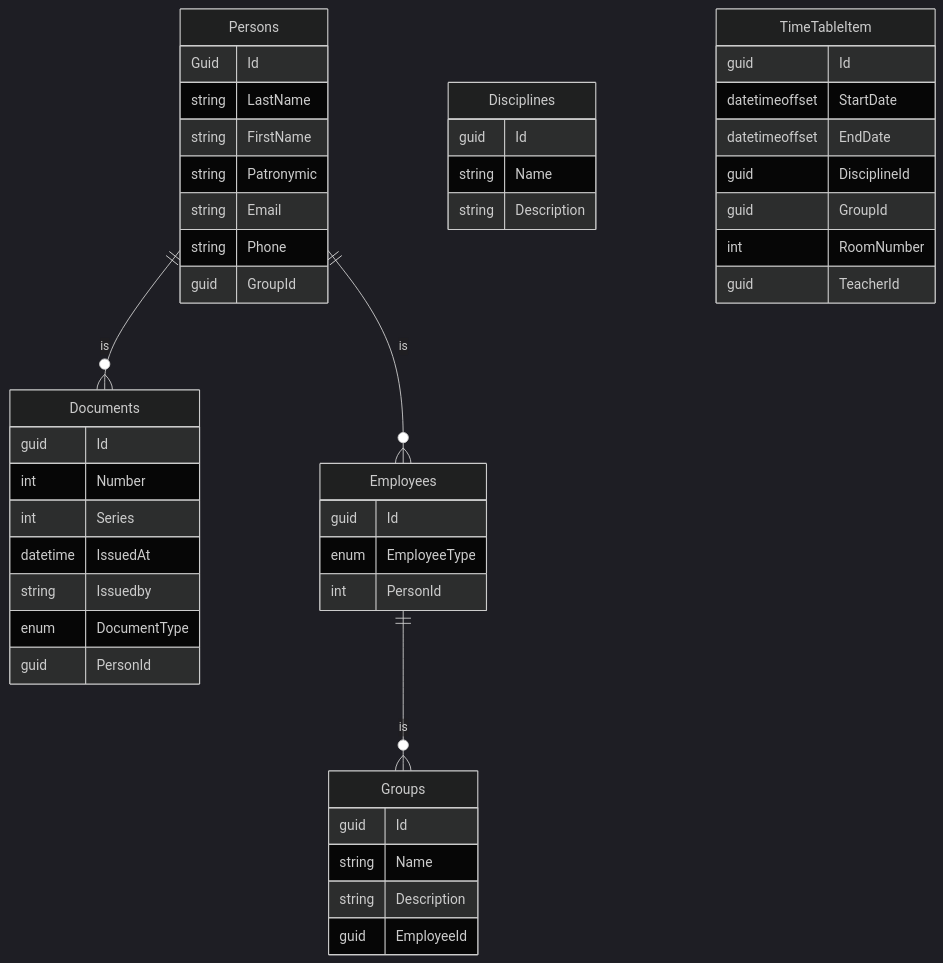
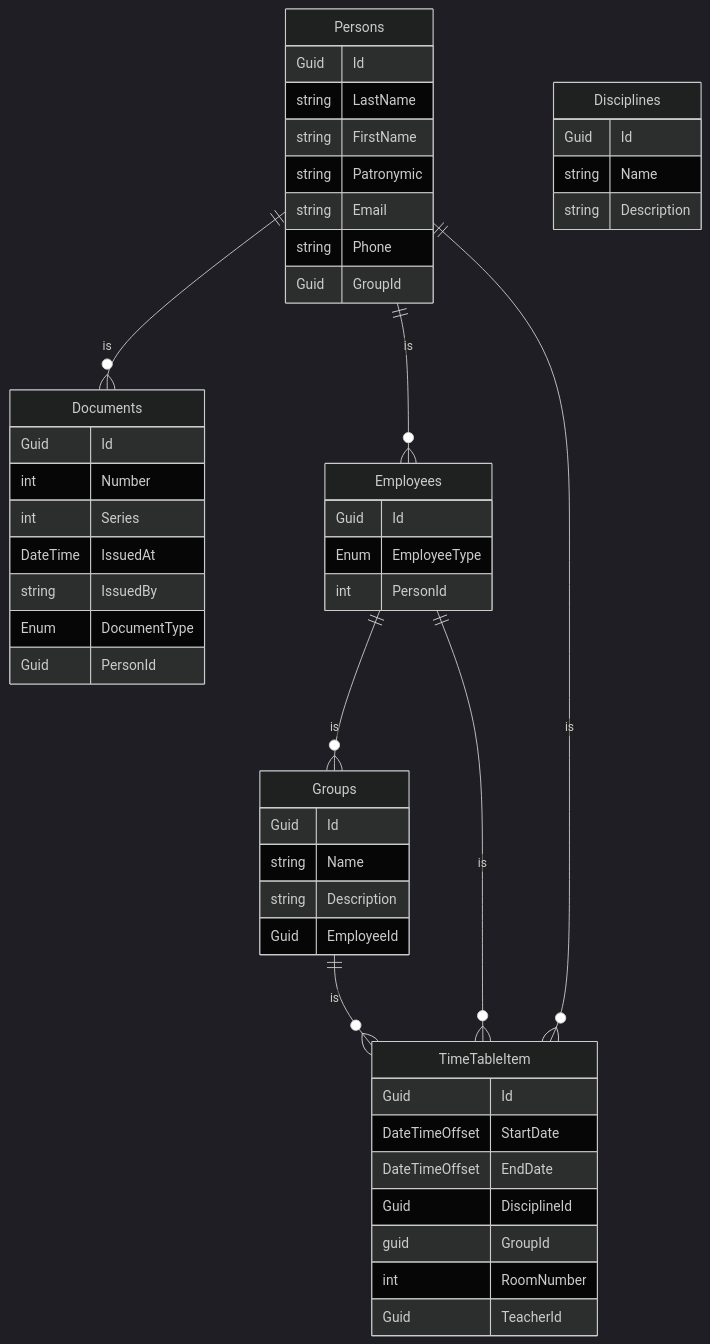
One commit to SlavaNik16/Accessories_PC_Nik_Api changed the diagram in README.md. Above: the diagram before and after it, drawn with Mermaid (dark theme).

````diff
--- a/README.md
+++ b/README.md
@@ -5,55 +5,58 @@
 ```mermaid
 erDiagram
 
     Persons {
         Guid Id
         string LastName
         string FirstName
         string Patronymic
         string Email
         string Phone
-        guid GroupId
+        Guid GroupId
     }
     
     Documents {
-        guid Id
+        Guid Id
         int Number
         int Series
-        datetime IssuedAt
-        string Issuedby
-        enum DocumentType
-        guid PersonId
+        DateTime IssuedAt
+        string IssuedBy
+        Enum DocumentType
+        Guid PersonId
     }
     
     Disciplines {
-            guid Id
+            Guid Id
             string Name
             string Description
     }
     
     Employees {
-        guid Id
-        enum EmployeeType
+        Guid Id
+        Enum EmployeeType
         int PersonId
     }
 
     Groups {
-                guid Id
+                Guid Id
                 string Name
                 string Description
-                guid EmployeeId
+                Guid EmployeeId
     }
 
      TimeTableItem {
-            guid Id
-            datetimeoffset StartDate
-            datetimeoffset EndDate
-            guid DisciplineId
+            Guid Id
+            DateTimeOffset StartDate
+            DateTimeOffset EndDate
+            Guid DisciplineId
             guid GroupId
             int RoomNumber
-            guid TeacherId
+            Guid TeacherId
     }
     Persons ||--o{ Documents: is
     Persons ||--o{ Employees: is
     Employees ||--o{ Groups: is
+    Groups ||--o{ TimeTableItem: is
+     Persons ||--o{ TimeTableItem: is
+     Employees ||--o{ TimeTableItem: is
 ```
````
